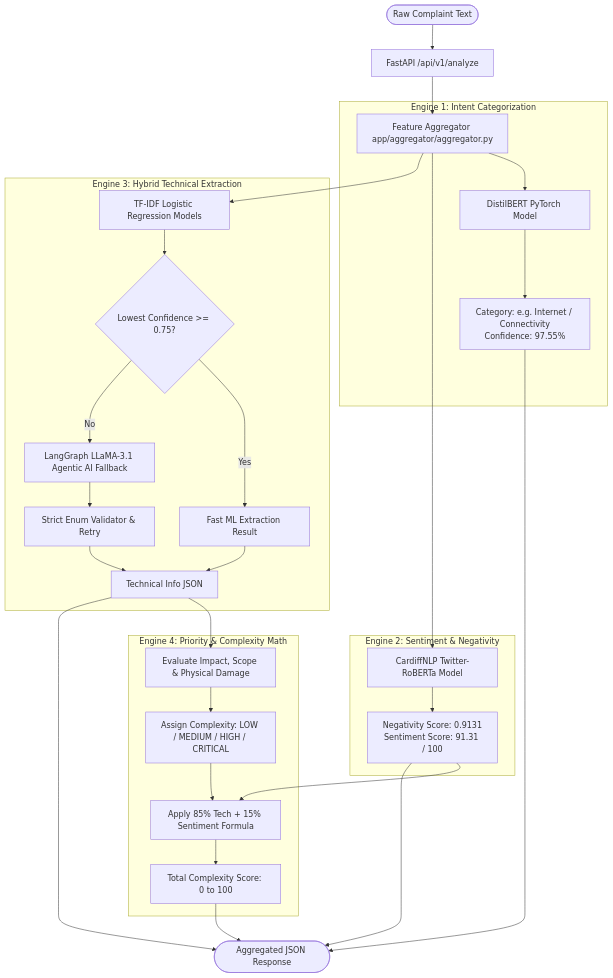
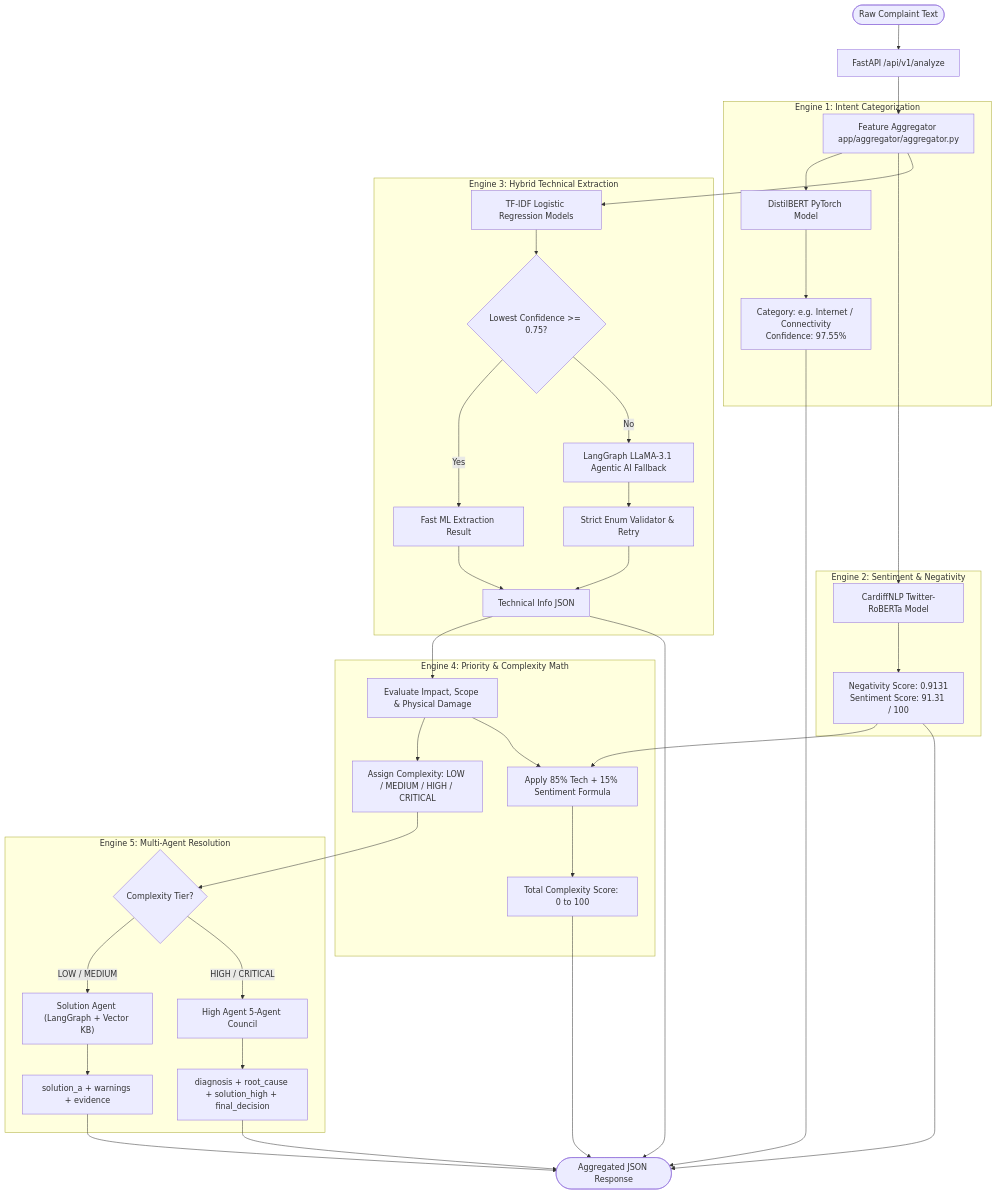
One commit to telecom-complaint-intelligence/telecom-ai-service changed the diagram in AI_SERVICE_README.md. Above: the diagram before and after it, drawn with Mermaid. The commit also changed other lines of this file and 52 other files, not shown here.

````diff
--- a/AI_SERVICE_README.md
+++ b/AI_SERVICE_README.md
@@ -11,38 +11,48 @@
 ```mermaid
 flowchart TD
-    Input([Raw Complaint Text]) --> API[FastAPI /api/v1/analyze]
-    API --> Aggregator[Feature Aggregator app/aggregator/aggregator.py]
+    Input(["Raw Complaint Text"]) --> API["FastAPI /api/v1/analyze"]
+    API --> Aggregator["Feature Aggregator app/aggregator/aggregator.py"]
 
-    subgraph Pipeline1 [Engine 1: Intent Categorization]
-        Aggregator --> BERT[DistilBERT PyTorch Model]
-        BERT --> CatOutput[Category: e.g. Internet / Connectivity<br/>Confidence: 97.55%]
+    subgraph Pipeline1 ["Engine 1: Intent Categorization"]
+        Aggregator --> BERT["DistilBERT PyTorch Model"]
+        BERT --> CatOutput["Category: e.g. Internet / Connectivity<br/>Confidence: 97.55%"]
     end
 
-    subgraph Pipeline2 [Engine 2: Sentiment & Negativity]
-        Aggregator --> RoBERTa[CardiffNLP Twitter-RoBERTa Model]
-        RoBERTa --> SentOutput[Negativity Score: 0.9131<br/>Sentiment Score: 91.31 / 100]
+    subgraph Pipeline2 ["Engine 2: Sentiment & Negativity"]
+        Aggregator --> RoBERTa["CardiffNLP Twitter-RoBERTa Model"]
+        RoBERTa --> SentOutput["Negativity Score: 0.9131<br/>Sentiment Score: 91.31 / 100"]
     end
 
-    subgraph Pipeline3 [Engine 3: Hybrid Technical Extraction]
-        Aggregator --> TFIDF[TF-IDF Logistic Regression Models]
-        TFIDF --> CheckConf{Lowest Confidence >= 0.75?}
-        CheckConf -- Yes --> FastML[Fast ML Extraction Result]
-        CheckConf -- No --> LangGraphAgent[LangGraph LLaMA-3.1 Agentic AI Fallback]
-        LangGraphAgent --> ValidateJSON[Strict Enum Validator & Retry]
-        ValidateJSON --> TechOutput[Technical Info JSON]
+    subgraph Pipeline3 ["Engine 3: Hybrid Technical Extraction"]
+        Aggregator --> TFIDF["TF-IDF Logistic Regression Models"]
+        TFIDF --> CheckConf{"Lowest Confidence >= 0.75?"}
+        CheckConf -- Yes --> FastML["Fast ML Extraction Result"]
+        CheckConf -- No --> LangGraphAgent["LangGraph LLaMA-3.1 Agentic AI Fallback"]
+        LangGraphAgent --> ValidateJSON["Strict Enum Validator & Retry"]
+        ValidateJSON --> TechOutput["Technical Info JSON"]
         FastML --> TechOutput
     end
 
-    subgraph Pipeline4 [Engine 4: Priority & Complexity Math]
-        TechOutput --> BaseScore[Evaluate Impact, Scope & Physical Damage]
-        BaseScore --> ComplexityRule[Assign Complexity: LOW / MEDIUM / HIGH / CRITICAL]
-        ComplexityRule --> WeightedMath[Apply 85% Tech + 15% Sentiment Formula]
+    subgraph Pipeline4 ["Engine 4: Priority & Complexity Math"]
+        TechOutput --> BaseScore["Evaluate Impact, Scope & Physical Damage"]
+        BaseScore --> ComplexityRule["Assign Complexity: LOW / MEDIUM / HIGH / CRITICAL"]
+        BaseScore --> WeightedMath["Apply 85% Tech + 15% Sentiment Formula"]
         SentOutput --> WeightedMath
-        WeightedMath --> FinalScore[Total Complexity Score: 0 to 100]
+        WeightedMath --> FinalScore["Total Complexity Score: 0 to 100"]
     end
 
-    CatOutput --> OutputJSON([Aggregated JSON Response])
+    subgraph Pipeline5 ["Engine 5: Multi-Agent Resolution"]
+        ComplexityRule --> TriageBranch{"Complexity Tier?"}
+        TriageBranch -- "LOW / MEDIUM" --> SolutionAgent["Solution Agent (LangGraph + Vector KB)"]
+        SolutionAgent --> SolutionOut["solution_a + warnings + evidence"]
+        TriageBranch -- "HIGH / CRITICAL" --> HighCouncil["High Agent 5-Agent Council"]
+        HighCouncil --> HighOut["diagnosis + root_cause + solution_high + final_decision"]
+    end
+
+    CatOutput --> OutputJSON(["Aggregated JSON Response"])
     SentOutput --> OutputJSON
     TechOutput --> OutputJSON
     FinalScore --> OutputJSON
+    SolutionOut --> OutputJSON
+    HighOut --> OutputJSON
 ```
````
